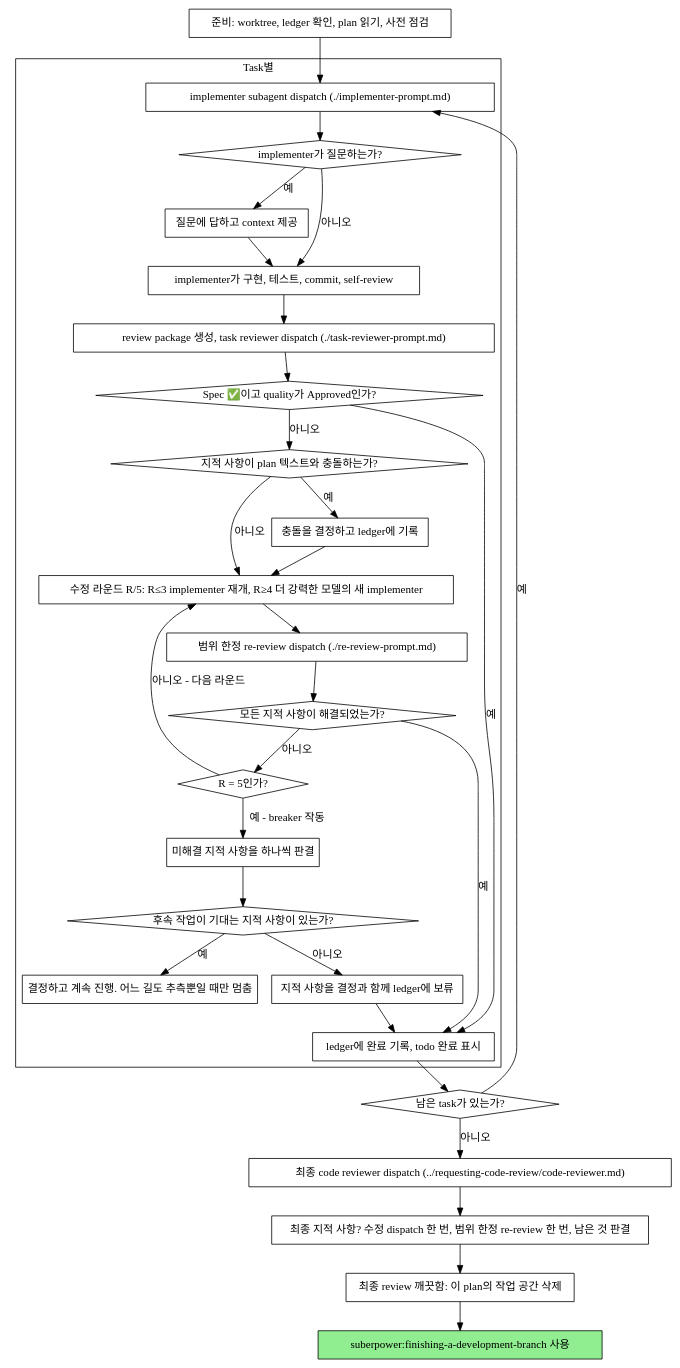
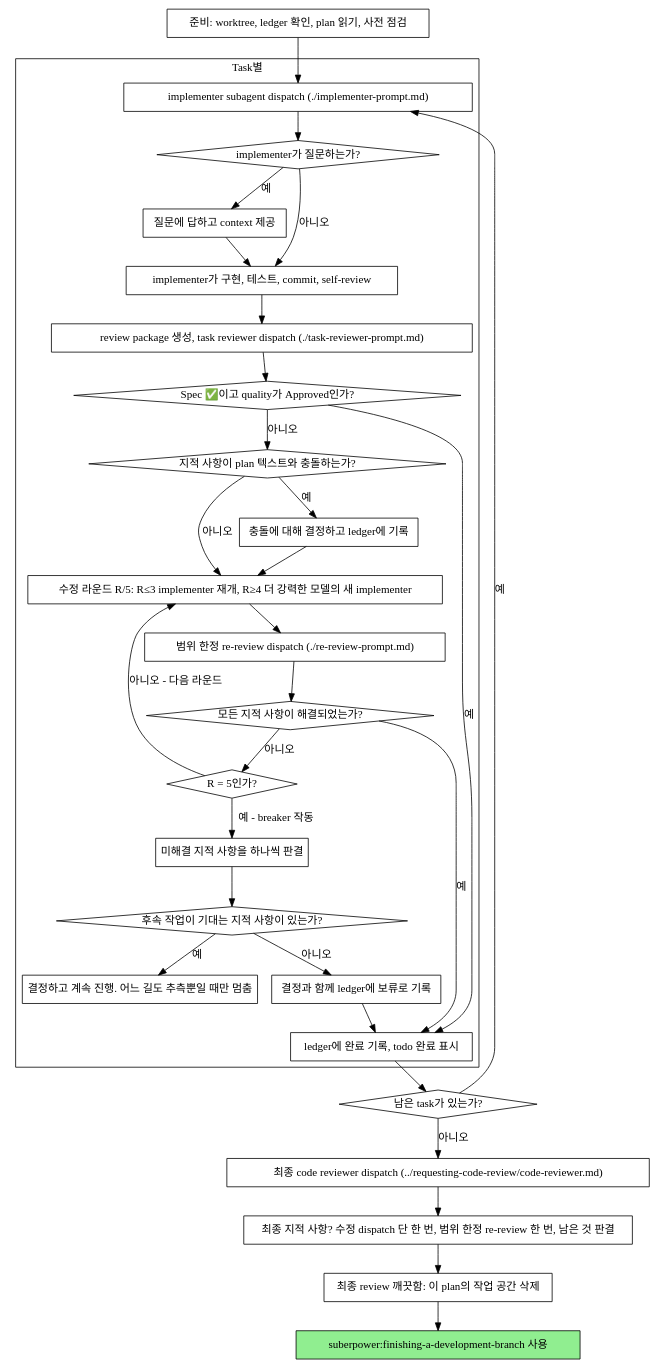
Before and after one commit to june20516/suberpower: the second of 2 diagrams in plugins/suberpower/skills/subagent-driven-development/SKILL.md, drawn with Graphviz. The commit also changed other lines of this file and 4 other files, not shown here.

````diff
--- a/plugins/suberpower/skills/subagent-driven-development/SKILL.md
+++ b/plugins/suberpower/skills/subagent-driven-development/SKILL.md
@@ -61,62 +61,62 @@
 ```dot
 digraph process {
     rankdir=TB;
 
     subgraph cluster_per_task {
         label="Task별";
         "implementer subagent dispatch (./implementer-prompt.md)" [shape=box];
         "implementer가 질문하는가?" [shape=diamond];
         "질문에 답하고 context 제공" [shape=box];
         "implementer가 구현, 테스트, commit, self-review" [shape=box];
         "review package 생성, task reviewer dispatch (./task-reviewer-prompt.md)" [shape=box];
         "Spec ✅이고 quality가 Approved인가?" [shape=diamond];
         "지적 사항이 plan 텍스트와 충돌하는가?" [shape=diamond];
-        "충돌을 결정하고 ledger에 기록" [shape=box];
+        "충돌에 대해 결정하고 ledger에 기록" [shape=box];
         "수정 라운드 R/5: R≤3 implementer 재개, R≥4 더 강력한 모델의 새 implementer" [shape=box];
         "범위 한정 re-review dispatch (./re-review-prompt.md)" [shape=box];
         "모든 지적 사항이 해결되었는가?" [shape=diamond];
         "R = 5인가?" [shape=diamond];
         "미해결 지적 사항을 하나씩 판결" [shape=box];
         "후속 작업이 기대는 지적 사항이 있는가?" [shape=diamond];
         "결정하고 계속 진행. 어느 길도 추측뿐일 때만 멈춤" [shape=box];
-        "지적 사항을 결정과 함께 ledger에 보류" [shape=box];
+        "결정과 함께 ledger에 보류로 기록" [shape=box];
         "ledger에 완료 기록, todo 완료 표시" [shape=box];
     }
 
     "준비: worktree, ledger 확인, plan 읽기, 사전 점검" [shape=box];
     "남은 task가 있는가?" [shape=diamond];
     "최종 code reviewer dispatch (../requesting-code-review/code-reviewer.md)" [shape=box];
-    "최종 지적 사항? 수정 dispatch 한 번, 범위 한정 re-review 한 번, 남은 것 판결" [shape=box];
+    "최종 지적 사항? 수정 dispatch 단 한 번, 범위 한정 re-review 한 번, 남은 것 판결" [shape=box];
     "최종 review 깨끗함: 이 plan의 작업 공간 삭제" [shape=box];
     "suberpower:finishing-a-development-branch 사용" [shape=box style=filled fillcolor=lightgreen];
 
     "준비: worktree, ledger 확인, plan 읽기, 사전 점검" -> "implementer subagent dispatch (./implementer-prompt.md)";
     "implementer subagent dispatch (./implementer-prompt.md)" -> "implementer가 질문하는가?";
     "implementer가 질문하는가?" -> "질문에 답하고 context 제공" [label="예"];
     "질문에 답하고 context 제공" -> "implementer가 구현, 테스트, commit, self-review";
     "implementer가 질문하는가?" -> "implementer가 구현, 테스트, commit, self-review" [label="아니오"];
     "implementer가 구현, 테스트, commit, self-review" -> "review package 생성, task reviewer dispatch (./task-reviewer-prompt.md)";
     "review package 생성, task reviewer dispatch (./task-reviewer-prompt.md)" -> "Spec ✅이고 quality가 Approved인가?";
     "Spec ✅이고 quality가 Approved인가?" -> "ledger에 완료 기록, todo 완료 표시" [label="예"];
     "Spec ✅이고 quality가 Approved인가?" -> "지적 사항이 plan 텍스트와 충돌하는가?" [label="아니오"];
-    "지적 사항이 plan 텍스트와 충돌하는가?" -> "충돌을 결정하고 ledger에 기록" [label="예"];
-    "충돌을 결정하고 ledger에 기록" -> "수정 라운드 R/5: R≤3 implementer 재개, R≥4 더 강력한 모델의 새 implementer";
+    "지적 사항이 plan 텍스트와 충돌하는가?" -> "충돌에 대해 결정하고 ledger에 기록" [label="예"];
+    "충돌에 대해 결정하고 ledger에 기록" -> "수정 라운드 R/5: R≤3 implementer 재개, R≥4 더 강력한 모델의 새 implementer";
     "지적 사항이 plan 텍스트와 충돌하는가?" -> "수정 라운드 R/5: R≤3 implementer 재개, R≥4 더 강력한 모델의 새 implementer" [label="아니오"];
     "수정 라운드 R/5: R≤3 implementer 재개, R≥4 더 강력한 모델의 새 implementer" -> "범위 한정 re-review dispatch (./re-review-prompt.md)";
     "범위 한정 re-review dispatch (./re-review-prompt.md)" -> "모든 지적 사항이 해결되었는가?";
     "모든 지적 사항이 해결되었는가?" -> "ledger에 완료 기록, todo 완료 표시" [label="예"];
     "모든 지적 사항이 해결되었는가?" -> "R = 5인가?" [label="아니오"];
     "R = 5인가?" -> "수정 라운드 R/5: R≤3 implementer 재개, R≥4 더 강력한 모델의 새 implementer" [label="아니오 - 다음 라운드"];
     "R = 5인가?" -> "미해결 지적 사항을 하나씩 판결" [label="예 - breaker 작동"];
     "미해결 지적 사항을 하나씩 판결" -> "후속 작업이 기대는 지적 사항이 있는가?";
     "후속 작업이 기대는 지적 사항이 있는가?" -> "결정하고 계속 진행. 어느 길도 추측뿐일 때만 멈춤" [label="예"];
-    "후속 작업이 기대는 지적 사항이 있는가?" -> "지적 사항을 결정과 함께 ledger에 보류" [label="아니오"];
-    "지적 사항을 결정과 함께 ledger에 보류" -> "ledger에 완료 기록, todo 완료 표시";
+    "후속 작업이 기대는 지적 사항이 있는가?" -> "결정과 함께 ledger에 보류로 기록" [label="아니오"];
+    "결정과 함께 ledger에 보류로 기록" -> "ledger에 완료 기록, todo 완료 표시";
     "ledger에 완료 기록, todo 완료 표시" -> "남은 task가 있는가?";
     "남은 task가 있는가?" -> "implementer subagent dispatch (./implementer-prompt.md)" [label="예"];
     "남은 task가 있는가?" -> "최종 code reviewer dispatch (../requesting-code-review/code-reviewer.md)" [label="아니오"];
-    "최종 code reviewer dispatch (../requesting-code-review/code-reviewer.md)" -> "최종 지적 사항? 수정 dispatch 한 번, 범위 한정 re-review 한 번, 남은 것 판결";
-    "최종 지적 사항? 수정 dispatch 한 번, 범위 한정 re-review 한 번, 남은 것 판결" -> "최종 review 깨끗함: 이 plan의 작업 공간 삭제";
+    "최종 code reviewer dispatch (../requesting-code-review/code-reviewer.md)" -> "최종 지적 사항? 수정 dispatch 단 한 번, 범위 한정 re-review 한 번, 남은 것 판결";
+    "최종 지적 사항? 수정 dispatch 단 한 번, 범위 한정 re-review 한 번, 남은 것 판결" -> "최종 review 깨끗함: 이 plan의 작업 공간 삭제";
     "최종 review 깨끗함: 이 plan의 작업 공간 삭제" -> "suberpower:finishing-a-development-branch 사용";
 }
 ```
````
